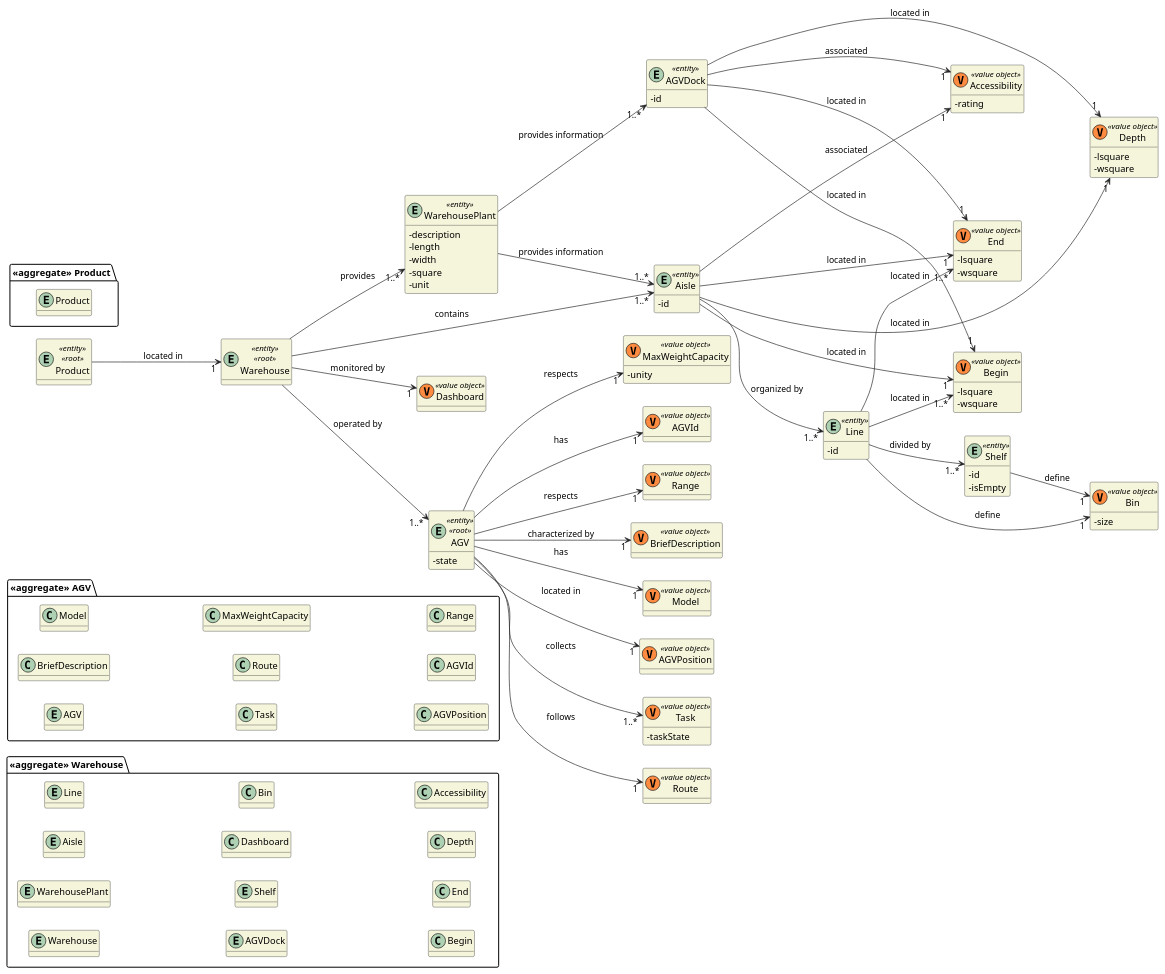
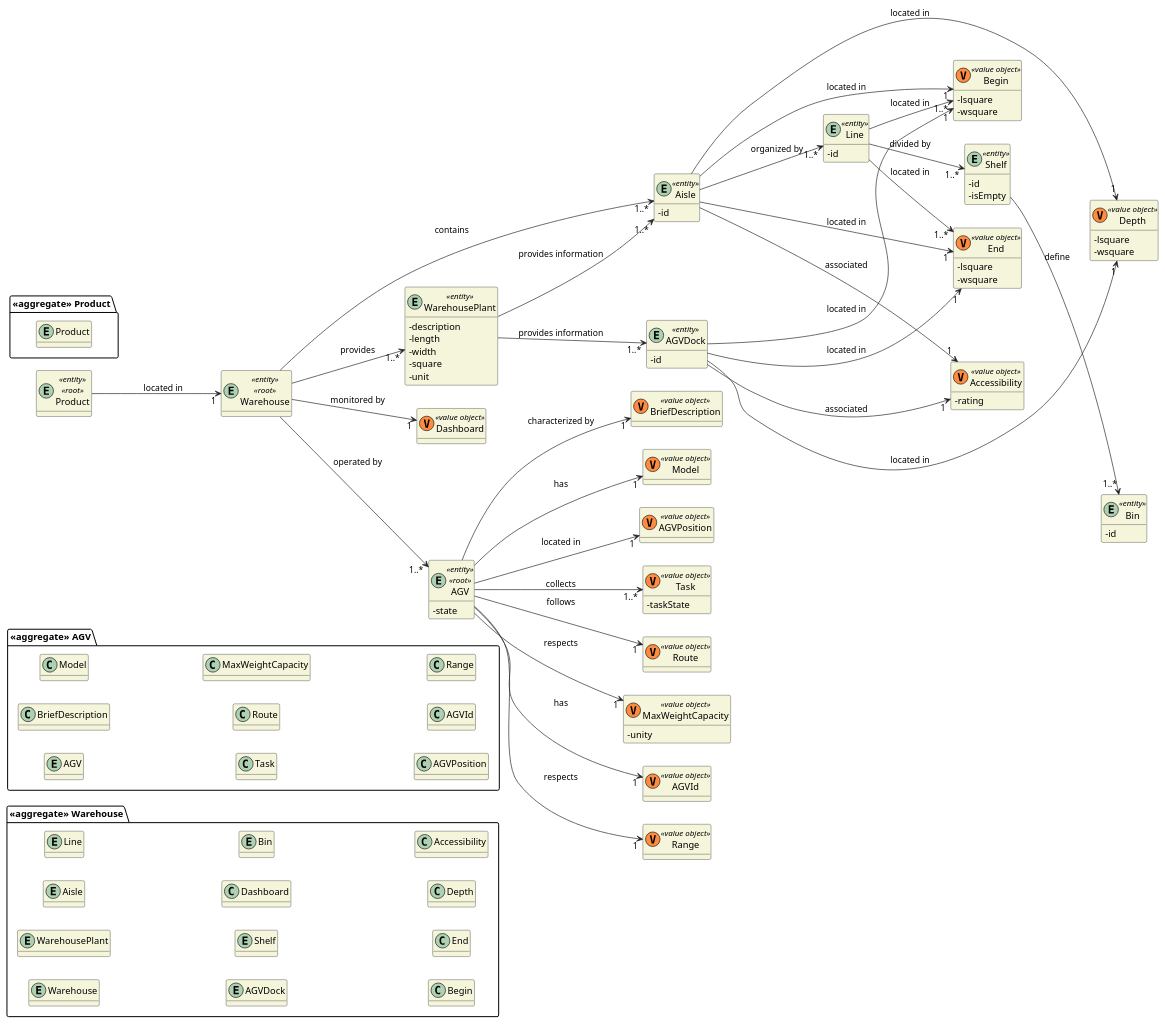
Before and after one commit to 0franciscor/lei21_22_s4_2de_01: the diagram in docs/DM/DM_Warehouse.puml, drawn with PlantUML. The commit also changed 1 other file, not shown here.

Commit message:
#8 - Changes made to the DM. (Bin)

```diff
--- a/docs/DM/DM_Warehouse.puml
+++ b/docs/DM/DM_Warehouse.puml
@@ -1,169 +1,168 @@
 @startuml
 
 hide methods
 left to right direction
 skinparam classAttributeIconSize 0
 skinparam classBackgroundColor beige
 skinparam ArrowColor #222222
 
 package "<<aggregate>> Warehouse" {
     entity Warehouse
     entity WarehousePlant
     entity Aisle
     entity Line
     entity AGVDock
     entity Shelf
     class Dashboard
-    class Bin
+    entity Bin
     class Begin
     class End
     class Depth
     class Accessibility
 }
 
 package "<<aggregate>> AGV" {
     entity AGV
     class BriefDescription
     class Model
     class Task
     class Route
     class MaxWeightCapacity
     class AGVPosition
     class AGVId
     class Range
 }
 
 package "<<aggregate>> Product" {
     entity Product
 }
 
 entity Product <<entity>> <<root>> {}
 
 entity WarehousePlant <<entity>> {
     -description
     -length
     -width
     -square
     -unit
 }
 
 entity AGV <<entity>> <<root>> {
     -state
 }
 
 entity AGVDock <<entity>> {
     -id
 }
 
 entity Warehouse <<entity>> <<root>> {
 }
 
 class Dashboard <<(V,#FF8B40) value object>>{}
 
 entity Shelf <<entity>>{
     -id
     -isEmpty
 }
 
-class Bin <<(V,#FF8B40) value object>>{
-    -size
+entity Bin <<entity>>{
+    -id
 }
 
 entity Aisle <<entity>>{
     -id
 }
 
 class AGVId <<(V,#FF8B40) value object>> {}
 
 class Range <<(V,#FF8B40) value object>> {}
 
 class Begin <<(V,#FF8B40) value object>>{
     -lsquare
     -wsquare
 }
 
 class End <<(V,#FF8B40) value object>>{
     -lsquare
     -wsquare
 }
 
 class Depth <<(V,#FF8B40) value object>>{
     -lsquare
     -wsquare
 }
 
 class Accessibility <<(V,#FF8B40) value object>>{
     -rating
 }
 
 entity Line <<entity>>{
     -id
 
 }
 
 Product--> "1" Warehouse : located in
 
 Warehouse --> "1..*" Aisle : contains
 
 Warehouse --> "1" Dashboard : monitored by
 
 Warehouse --> "1..*" AGV : operated by
 
 Warehouse --> "1..*" WarehousePlant : provides
 
 WarehousePlant --> "1..*" Aisle : provides information
 
 WarehousePlant --> "1..*" AGVDock : provides information
 
 
 
 Aisle --> "1..*" Line : organized by
 
 Aisle --> "1" Begin : located in
 Aisle --> "1" End : located in
 Aisle ----> "1" Depth : located in
 Aisle --> "1" Accessibility : associated
 
 Line --> "1..*" Shelf : divided by
 
 Line --> "1..*" Begin : located in
 
 Line --> "1..*" End : located in
 
-Line --> "1" Bin : define
-Shelf --> "1" Bin : define
+Shelf --> "1..*" Bin : define
 
 AGVDock ---> "1" Begin : located in
 AGVDock ---> "1" End : located in
 AGVDock ---> "1" Depth : located in
 AGVDock ---> "1" Accessibility : associated
 
 
 entity AGV <<entity>> <<root>> {}
 
 class BriefDescription <<(V,#FF8B40) value object>> {}
 
 class Model <<(V,#FF8B40) value object>> {}
 
 class AGVPosition <<(V,#FF8B40) value object>> {}
 
 class Task<<(V,#FF8B40) value object>> {
     -taskState
 }
 
 class Route <<(V,#FF8B40) value object>> {}
 
 class MaxWeightCapacity <<(V,#FF8B40) value object>> {
 -unity
 }
 
 AGV --> "1" AGVId : has
 AGV --> "1..*" Task : collects
 AGV --> "1" Range : respects
 AGV --> "1" Route : follows
 AGV --> "1" Model : has
 AGV --> "1" BriefDescription : characterized by
 AGV --> "1" MaxWeightCapacity : respects
 AGV --> "1" AGVPosition : located in
 
 @enduml
```
